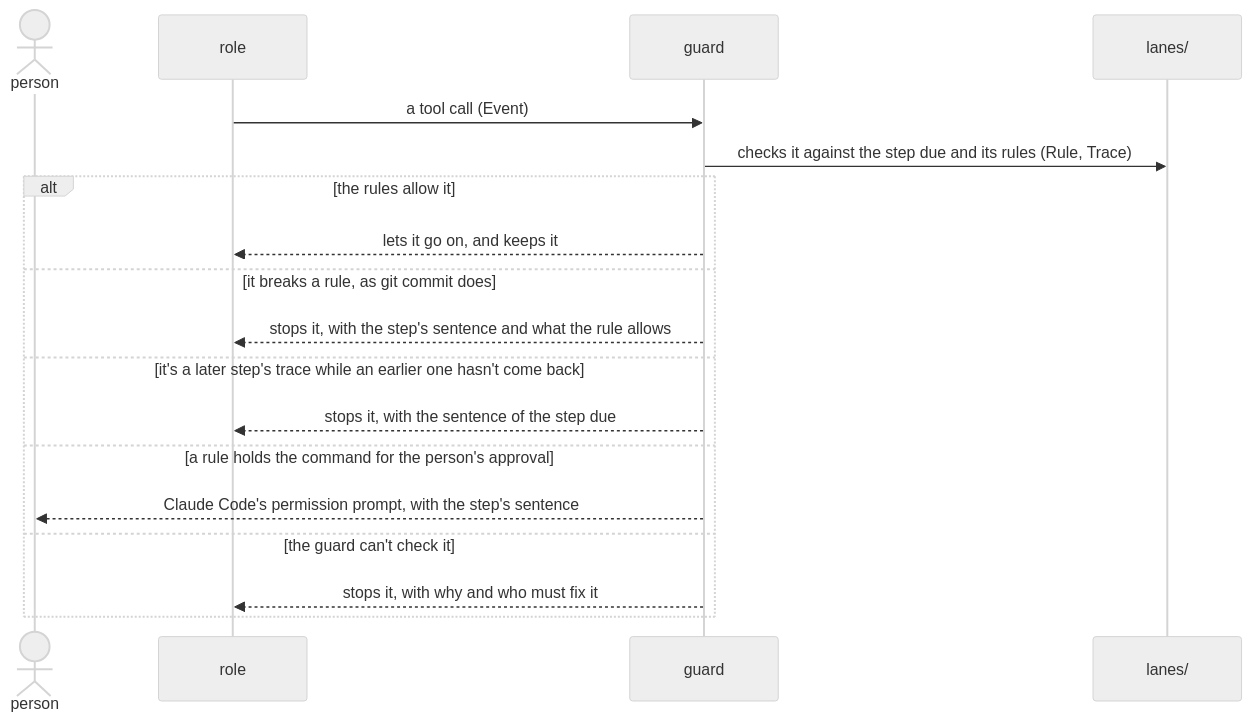
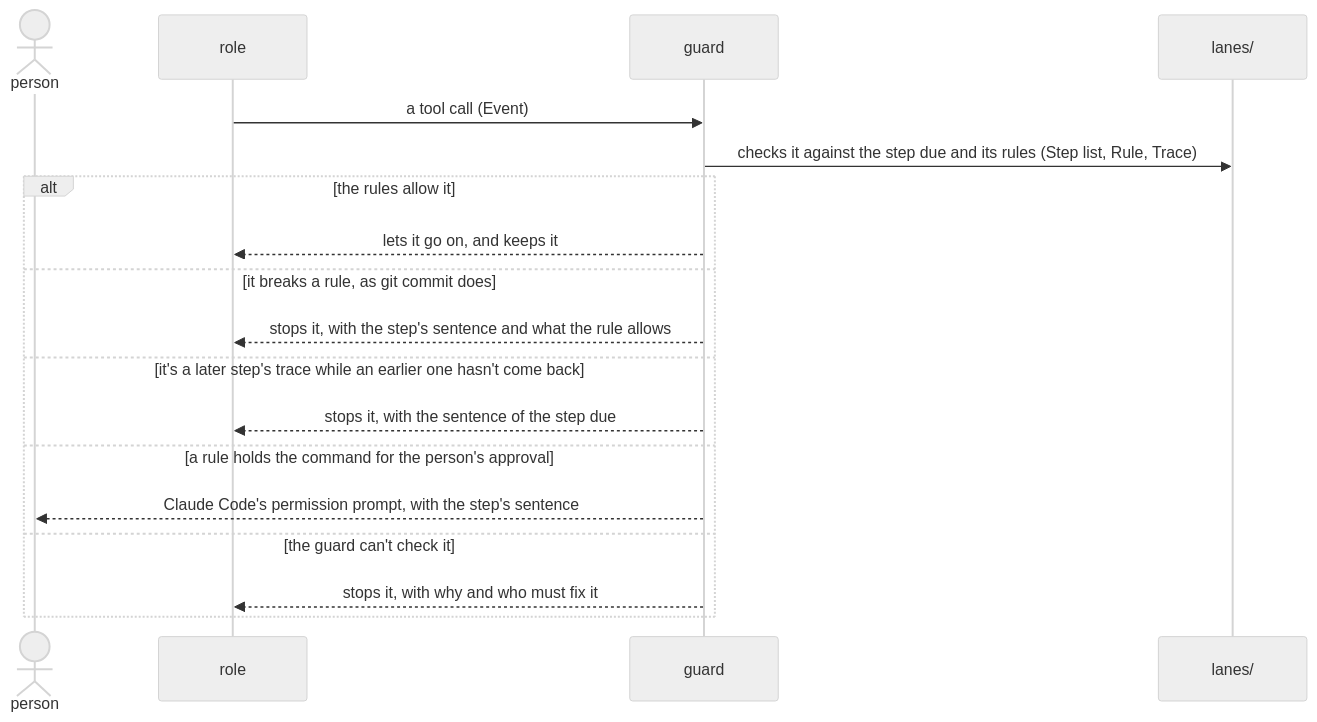
Before and after one commit to lovaizu/ccpm: the fourth of 7 diagrams in dev/lane/architecture.md, drawn with Mermaid (neutral theme). The commit also changed other lines of this file and 6 other files, not shown here.

````diff
--- a/dev/lane/architecture.md
+++ b/dev/lane/architecture.md
@@ -249,20 +253,20 @@
 ```mermaid
 sequenceDiagram
   actor P as person
   participant R as role
   participant G as guard
   participant LN as lanes/
   R->>G: a tool call (Event)
-  G->>LN: checks it against the step due and its rules (Rule, Trace)
+  G->>LN: checks it against the step due and its rules (Step list, Rule, Trace)
   alt the rules allow it
     G-->>R: lets it go on, and keeps it
   else it breaks a rule, as git commit does
     G-->>R: stops it, with the step's sentence and what the rule allows
   else it's a later step's trace while an earlier one hasn't come back
     G-->>R: stops it, with the sentence of the step due
   else a rule holds the command for the person's approval
     G-->>P: Claude Code's permission prompt, with the step's sentence
   else the guard can't check it
     G-->>R: stops it, with why and who must fix it
   end
 ```
````
